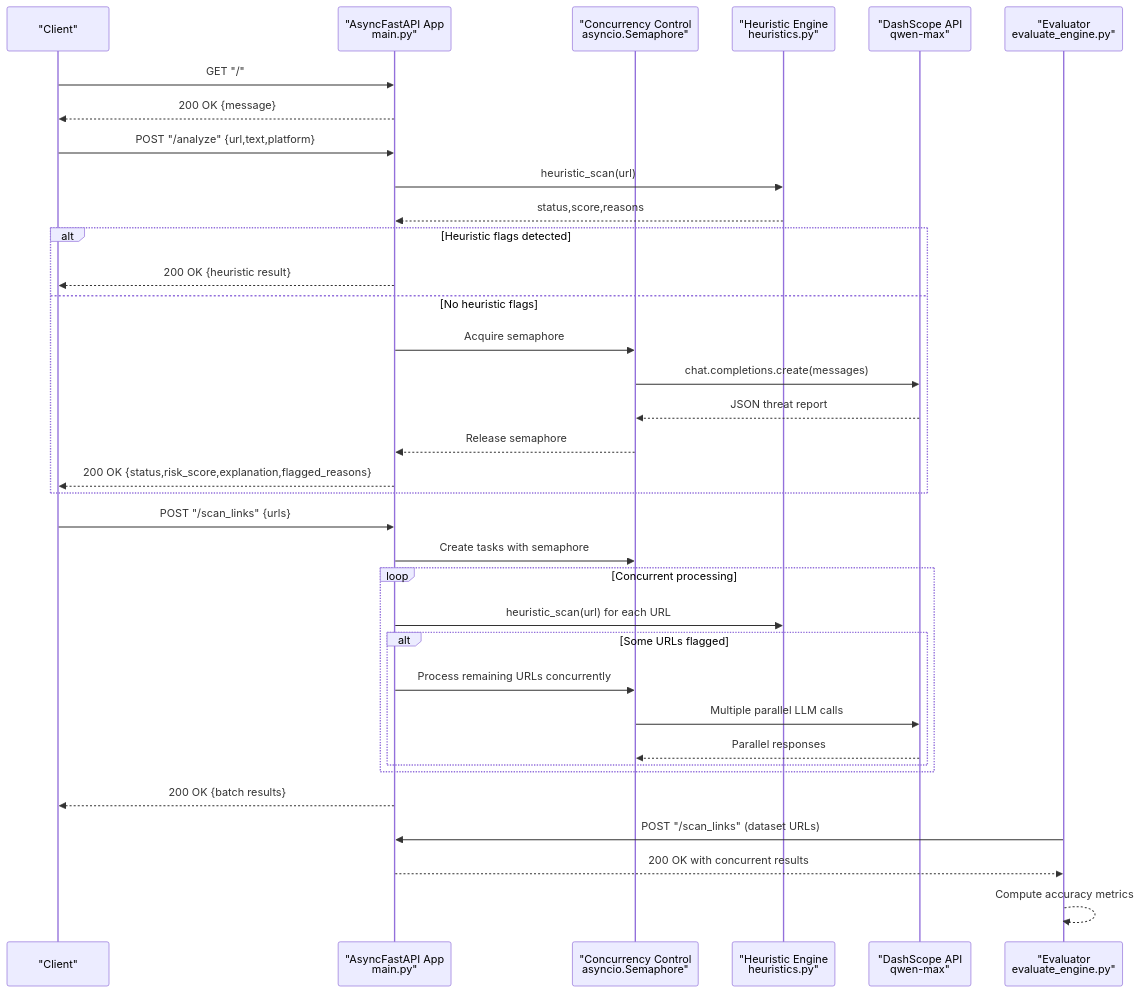
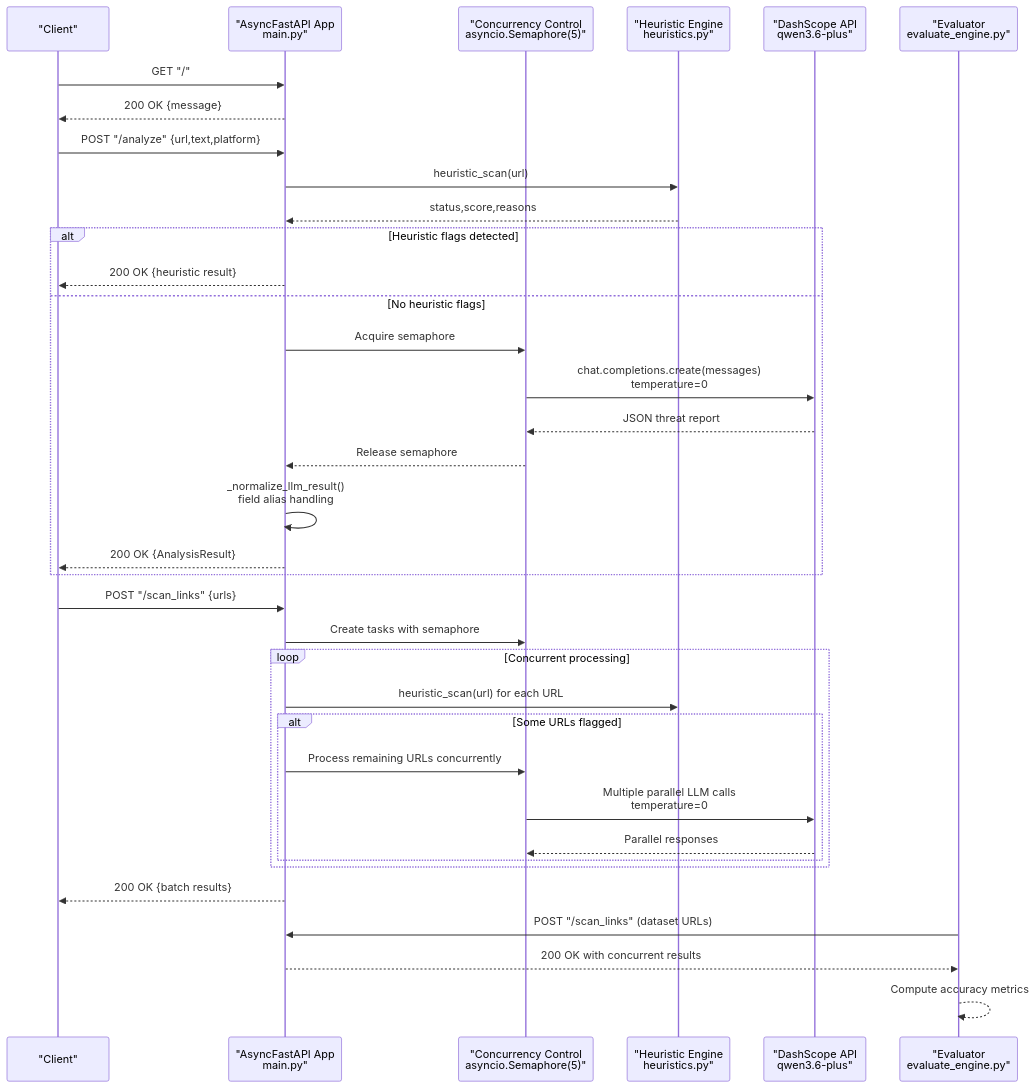
Before and after one commit to Aymanaahh/scrollguard-ai: the second of 5 diagrams in .qoder/repowiki/en/content/Backend API Documentation.md, drawn with Mermaid. The commit also changed other lines of this file and 33 other files, not shown here.

````diff
--- a/.qoder/repowiki/en/content/Backend API Documentation.md
+++ b/.qoder/repowiki/en/content/Backend API Documentation.md
@@ -122,37 +133,38 @@
 ```mermaid
 sequenceDiagram
 participant Client as "Client"
 participant FastAPI as "AsyncFastAPI App<br/>main.py"
-participant Semaphore as "Concurrency Control<br/>asyncio.Semaphore"
+participant Semaphore as "Concurrency Control<br/>asyncio.Semaphore(5)"
 participant Heuristics as "Heuristic Engine<br/>heuristics.py"
-participant LLM as "DashScope API<br/>qwen-max"
+participant LLM as "DashScope API<br/>qwen3.6-plus"
 participant Eval as "Evaluator<br/>evaluate_engine.py"
 Client->>FastAPI : GET "/"
 FastAPI-->>Client : 200 OK {message}
 Client->>FastAPI : POST "/analyze" {url,text,platform}
 FastAPI->>Heuristics : heuristic_scan(url)
 Heuristics-->>FastAPI : status,score,reasons
 alt Heuristic flags detected
 FastAPI-->>Client : 200 OK {heuristic result}
 else No heuristic flags
 FastAPI->>Semaphore : Acquire semaphore
-Semaphore->>LLM : chat.completions.create(messages)
+Semaphore->>LLM : chat.completions.create(messages)<br/>temperature=0
 LLM-->>Semaphore : JSON threat report
 Semaphore-->>FastAPI : Release semaphore
-FastAPI-->>Client : 200 OK {status,risk_score,explanation,flagged_reasons}
+FastAPI->>FastAPI : _normalize_llm_result()<br/>field alias handling
+FastAPI-->>Client : 200 OK {AnalysisResult}
 end
 Client->>FastAPI : POST "/scan_links" {urls}
 FastAPI->>Semaphore : Create tasks with semaphore
 loop Concurrent processing
 FastAPI->>Heuristics : heuristic_scan(url) for each URL
 alt Some URLs flagged
 FastAPI->>Semaphore : Process remaining URLs concurrently
-Semaphore->>LLM : Multiple parallel LLM calls
+Semaphore->>LLM : Multiple parallel LLM calls<br/>temperature=0
 LLM-->>Semaphore : Parallel responses
 end
 end
 FastAPI-->>Client : 200 OK {batch results}
 Eval->>FastAPI : POST "/scan_links" (dataset URLs)
 FastAPI-->>Eval : 200 OK with concurrent results
 Eval-->>Eval : Compute accuracy metrics
 ```
````
